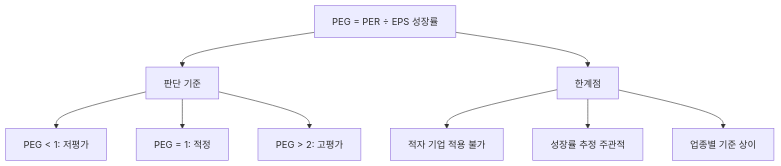
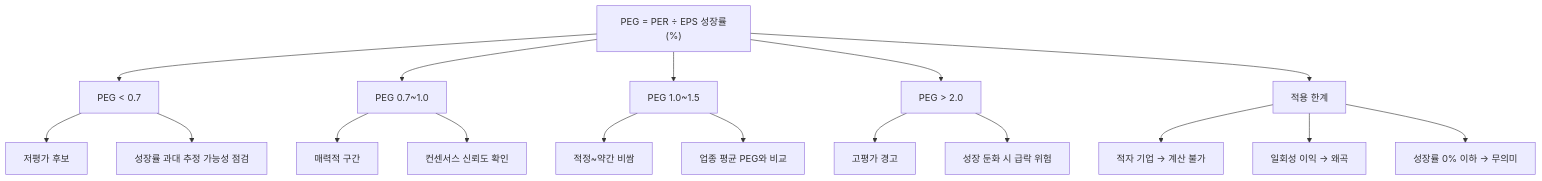
The diagram in content/stock-terms/ko/level-05-valuation/peg.md (yeongseon/stock-visual-note), drawn with Mermaid before and after one commit. The commit also changed other lines of this file, not shown here.

Commit message:
content: rewrite peg.md — 가상 기업 퓨처소프트 시나리오, 15노드 Mermaid, 오해 4개로 확장

````diff
--- a/content/stock-terms/ko/level-05-valuation/peg.md
+++ b/content/stock-terms/ko/level-05-valuation/peg.md
@@ -39,12 +39,20 @@
 ```mermaid
 graph TD
-    A["PEG = PER ÷ EPS 성장률"]
-    A --> B["판단 기준"]
-    A --> C["한계점"]
-    B --> B1["PEG < 1: 저평가"]
-    B --> B2["PEG = 1: 적정"]
-    B --> B3["PEG > 2: 고평가"]
-    C --> C1["적자 기업 적용 불가"]
-    C --> C2["성장률 추정 주관적"]
-    C --> C3["업종별 기준 상이"]
+    A["PEG = PER ÷ EPS 성장률(%)"]
+    A --> B["PEG < 0.7"]
+    A --> C["PEG 0.7~1.0"]
+    A --> D["PEG 1.0~1.5"]
+    A --> E["PEG > 2.0"]
+    B --> B1["저평가 후보"]
+    B --> B2["성장률 과대 추정 가능성 점검"]
+    C --> C1["매력적 구간"]
+    C --> C2["컨센서스 신뢰도 확인"]
+    D --> D1["적정~약간 비쌈"]
+    D --> D2["업종 평균 PEG와 비교"]
+    E --> E1["고평가 경고"]
+    E --> E2["성장 둔화 시 급락 위험"]
+    A --> F["적용 한계"]
+    F --> F1["적자 기업 → 계산 불가"]
+    F --> F2["일회성 이익 → 왜곡"]
+    F --> F3["성장률 0% 이하 → 무의미"]
 ```
````
